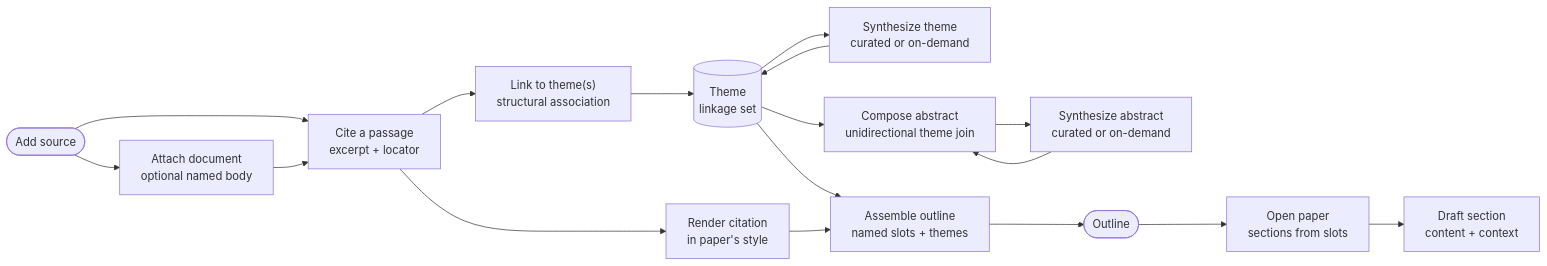
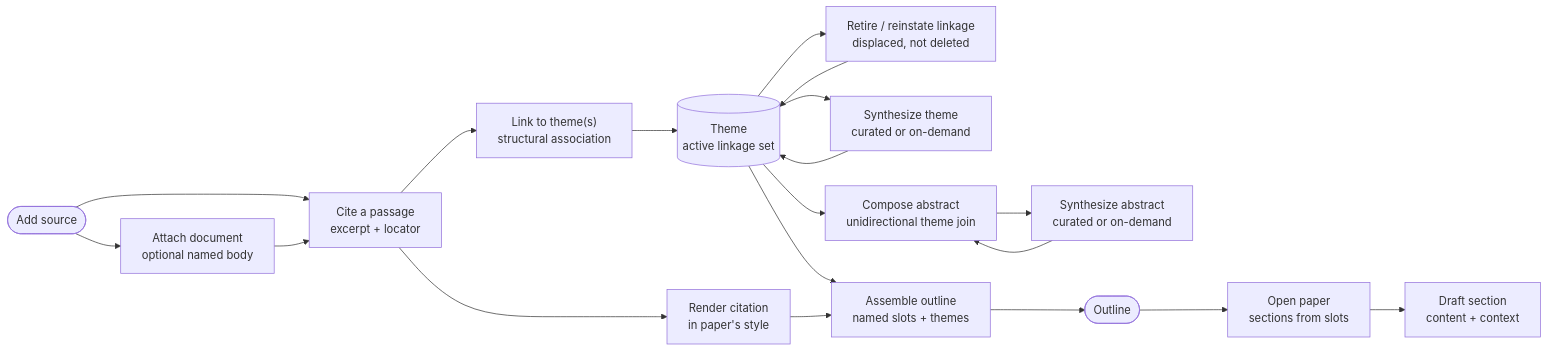
One commit to Ashatz/tiferet-lit-review changed the diagram in docs/core-domain-distillation.md. Above: the diagram before and after it, drawn with Mermaid. The commit also changed other lines of this file, not shown here.

First line of the commit message:
Docs: Specify linkage retirement in the core domain distillation (RFP-7)

````diff
--- a/docs/core-domain-distillation.md
+++ b/docs/core-domain-distillation.md
@@ -463,19 +503,21 @@
 ```mermaid
 flowchart LR
   SRC([Add source]) --> ATT["Attach document<br/>optional named body"]
   SRC --> CITE["Cite a passage<br/>excerpt + locator"]
   ATT --> CITE
   CITE --> LINK["Link to theme(s)<br/>structural association"]
-  LINK --> THEME[("Theme<br/>linkage set")]
+  LINK --> THEME[("Theme<br/>active linkage set")]
+  THEME --> RET["Retire / reinstate linkage<br/>displaced, not deleted"]
+  RET --> THEME
   THEME --> SYNTH["Synthesize theme<br/>curated or on-demand"]
   SYNTH --> THEME
   THEME --> ABS["Compose abstract<br/>unidirectional theme join"]
   ABS --> ABSYN["Synthesize abstract<br/>curated or on-demand"]
   ABSYN --> ABS
   THEME --> ASM["Assemble outline<br/>named slots + themes"]
   CITE --> REND["Render citation<br/>in paper's style"]
   REND --> ASM
   ASM --> OUT([Outline])
   OUT --> PAP["Open paper<br/>sections from slots"]
   PAP --> DRAFT["Draft section<br/>content + context"]
 ```
````
